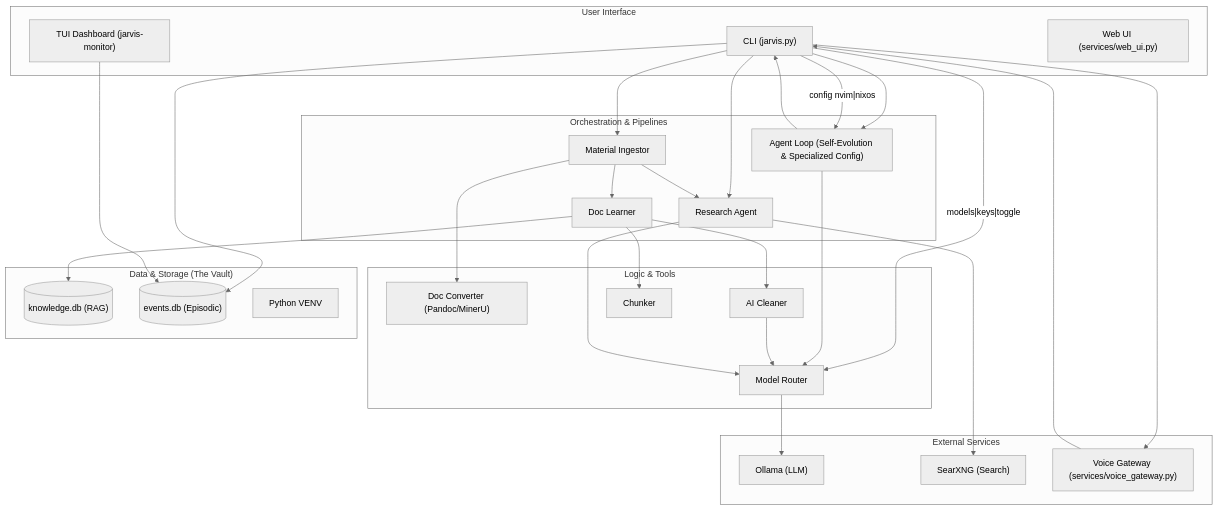
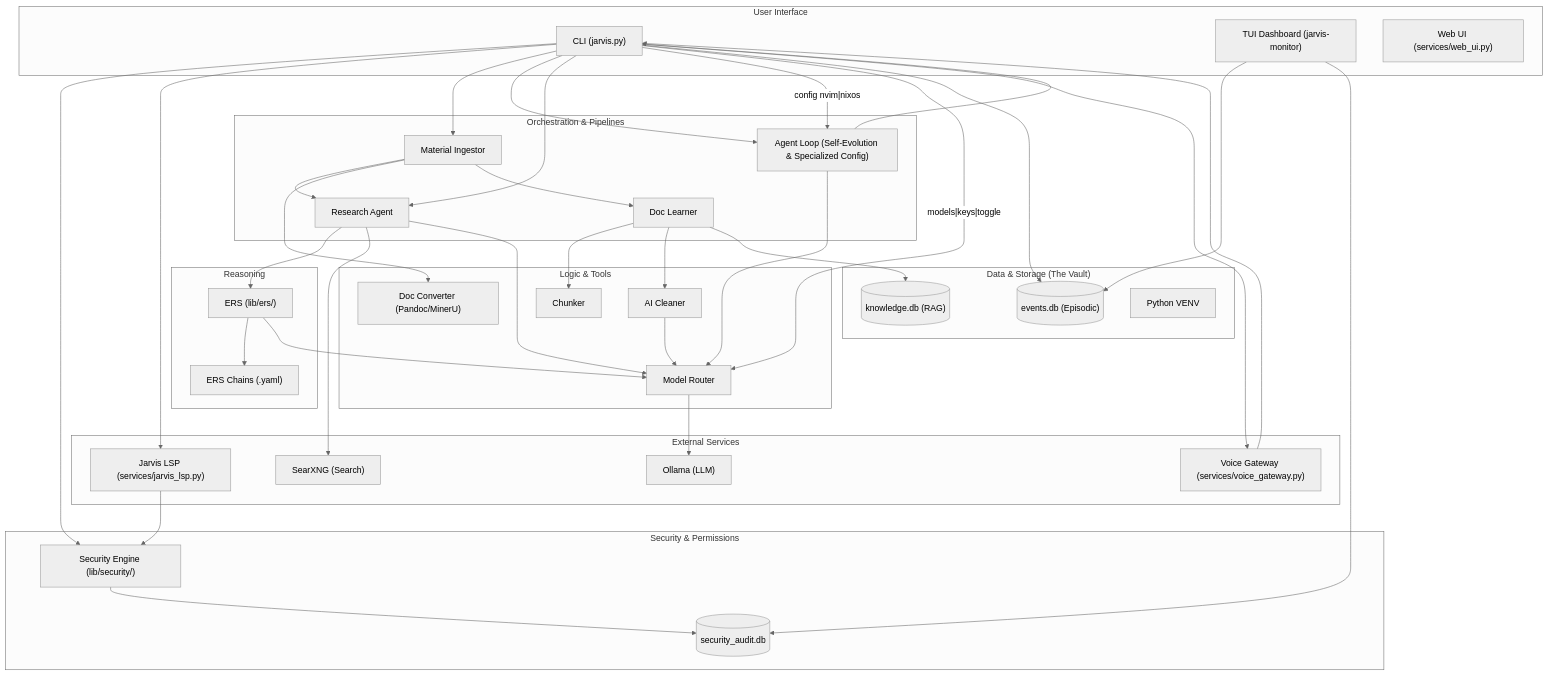
Before and after one commit to m-amir-gomaa/Jarvis: the diagram in docs/system_architecture.md, drawn with Mermaid (neutral theme). The commit also changed other lines of this file and 73 other files, not shown here.

````diff
--- a/docs/system_architecture.md
+++ b/docs/system_architecture.md
@@ -7,62 +7,81 @@
 ```mermaid
 graph TD
     subgraph "User Interface"
         CLI["CLI (jarvis.py)"]
         TUI["TUI Dashboard (jarvis-monitor)"]
         WEB["Web UI (services/web_ui.py)"]
     end
 
     subgraph "Orchestration & Pipelines"
         MI["Material Ingestor"]
         RA["Research Agent"]
         DL["Doc Learner"]
         AL["Agent Loop (Self-Evolution & Specialized Config)"]
     end
 
     subgraph "Logic & Tools"
         CONV["Doc Converter (Pandoc/MinerU)"]
         CLEAN["AI Cleaner"]
         CHUNK["Chunker"]
         ROUTER["Model Router"]
     end
 
     subgraph "Data & Storage (The Vault)"
         KDB[("knowledge.db (RAG)")]
         EDB[("events.db (Episodic)")]
         VENV["Python VENV"]
     end
 
     subgraph "External Services"
         OLLAMA["Ollama (LLM)"]
         SEARXNG["SearXNG (Search)"]
         VG["Voice Gateway (services/voice_gateway.py)"]
+        LSP["Jarvis LSP (services/jarvis_lsp.py)"]
+    end
+
+    subgraph "Security & Permissions"
+        SEC["Security Engine (lib/security/)"]
+        AUDIT[("security_audit.db")]
+    end
+
+    subgraph "Reasoning"
+        ERS["ERS (lib/ers/)"]
+        CHAINS["ERS Chains (.yaml)"]
     end
 
     %% Interactions
+    CLI --> SEC
+    CLI --> LSP
+    SEC --> AUDIT
+    LSP --> SEC
     CLI --> MI
     CLI --> AL
     CLI --> RA
+    RA --> ERS
+    ERS --> CHAINS
+    ERS --> ROUTER
     CLI -- "config nvim|nixos" --> AL
     CLI -- "models|keys|toggle" --> ROUTER
     
     MI --> RA
     MI --> CONV
     MI --> DL
     
     DL --> CHUNK
     DL --> CLEAN
     DL --> KDB
     
     AL --> CLI
     AL --> ROUTER
     
     CLEAN --> ROUTER
     ROUTER --> OLLAMA
     RA --> SEARXNG
     RA --> ROUTER
     
     CLI --> EDB
     TUI --> EDB
+    TUI --> AUDIT
     VG --> CLI
     CLI --> VG
 ```
````
